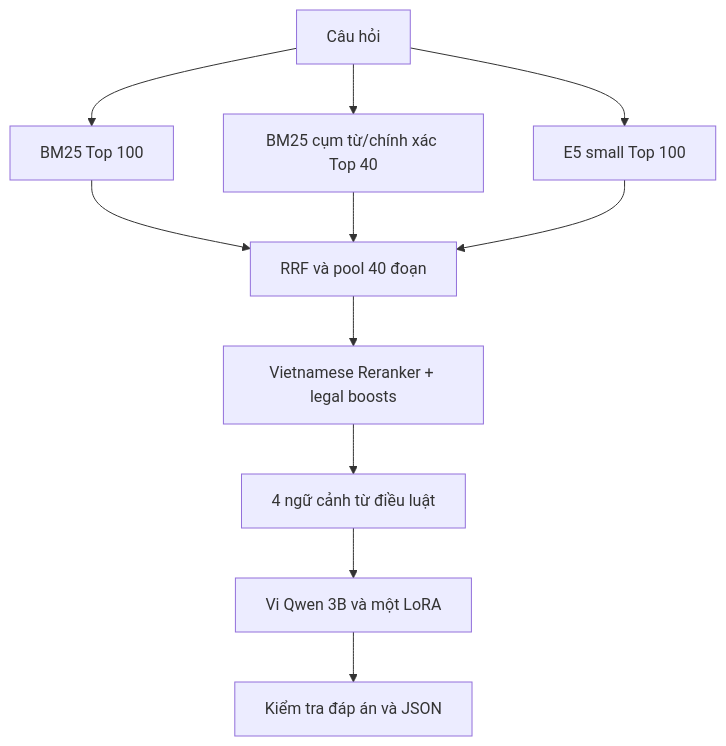
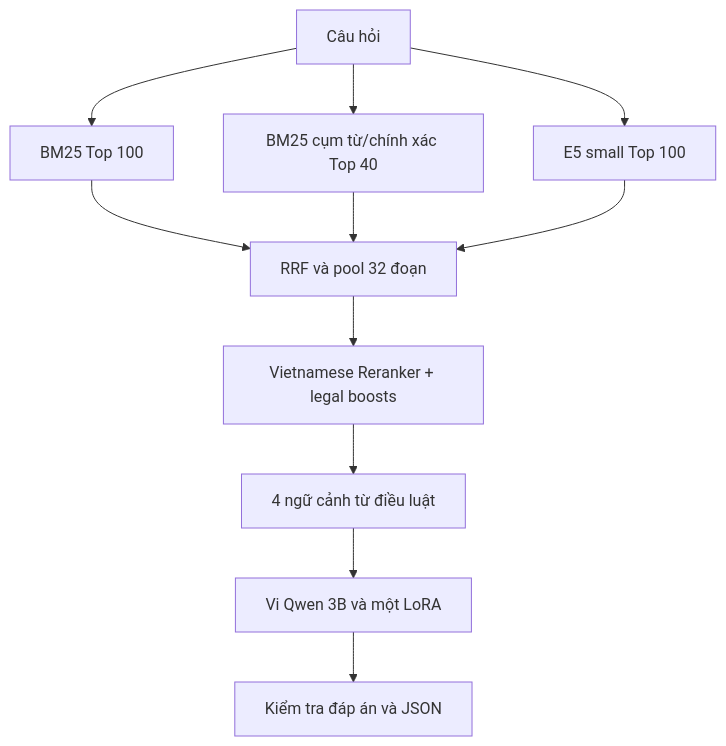
Before and after one commit to lighth-gh/uit-dsc-2026-task2-legalqa: the diagram in PIPELINE.md, drawn with Mermaid. The commit also changed other lines of this file and 9 other files, not shown here.

````diff
--- a/PIPELINE.md
+++ b/PIPELINE.md
@@ -37,13 +37,13 @@
 ```mermaid
 flowchart TD
     Q["Câu hỏi"] --> B["BM25 Top 100"]
     Q --> P["BM25 cụm từ/chính xác Top 40"]
     Q --> D["E5 small Top 100"]
-    B --> F["RRF và pool 40 đoạn"]
+    B --> F["RRF và pool 32 đoạn"]
     P --> F
     D --> F
     F --> R["Vietnamese Reranker + legal boosts"]
     R --> C["4 ngữ cảnh từ điều luật"]
     C --> G["Vi Qwen 3B và một LoRA"]
     G --> A["Kiểm tra đáp án và JSON"]
 ```
````
